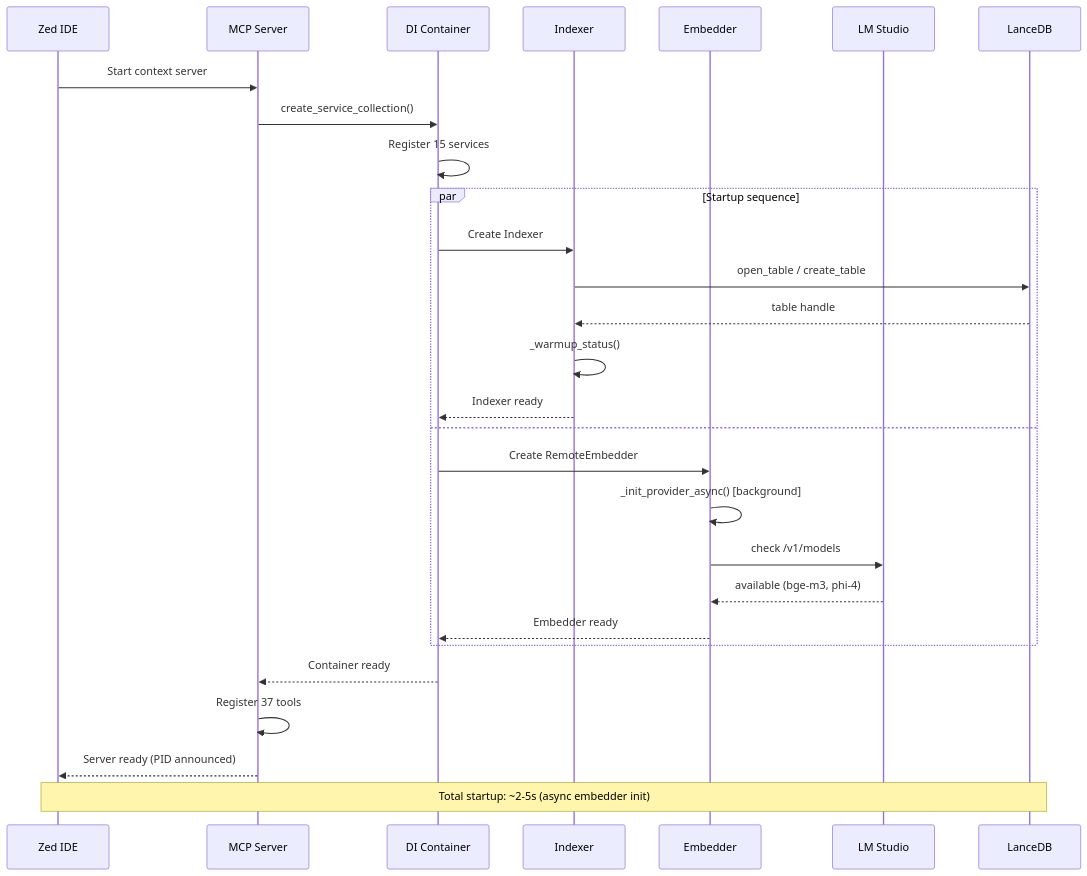
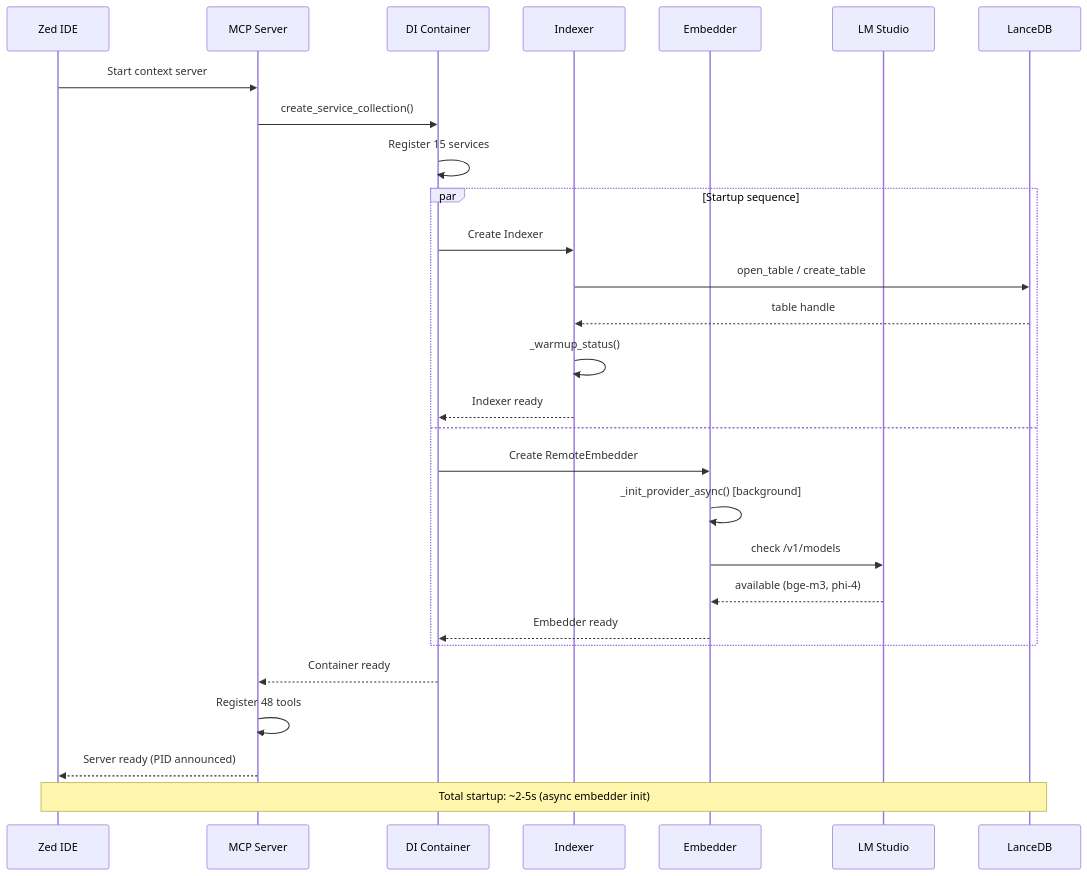
Before and after one commit to ManSio/mscodebase-intelligence: the fifth of 8 diagrams in docs/en/ARCHITECTURE_DEEP.md, drawn with Mermaid. The commit also changed other lines of this file and 16 other files, not shown here.

````diff
--- a/docs/en/ARCHITECTURE_DEEP.md
+++ b/docs/en/ARCHITECTURE_DEEP.md
@@ -181,34 +181,34 @@
 ```mermaid
 sequenceDiagram
     participant Zed as Zed IDE
     participant MCP as MCP Server
     participant DI as DI Container
     participant IX as Indexer
     participant EM as Embedder
     participant LM as LM Studio
     participant DB as LanceDB
 
     Zed->>MCP: Start context server
     MCP->>DI: create_service_collection()
     DI->>DI: Register 15 services
     
     par Startup sequence
         DI->>IX: Create Indexer
         IX->>DB: open_table / create_table
         DB-->>IX: table handle
         IX->>IX: _warmup_status()
         IX-->>DI: Indexer ready
     and
         DI->>EM: Create RemoteEmbedder
         EM->>EM: _init_provider_async() [background]
         EM->>LM: check /v1/models
         LM-->>EM: available (bge-m3, phi-4)
         EM-->>DI: Embedder ready
     end
     
     DI-->>MCP: Container ready
-    MCP->>MCP: Register 37 tools
+    MCP->>MCP: Register 48 tools
     MCP-->>Zed: Server ready (PID announced)
     
     Note over Zed,DB: Total startup: ~2-5s (async embedder init)
 ```
````
